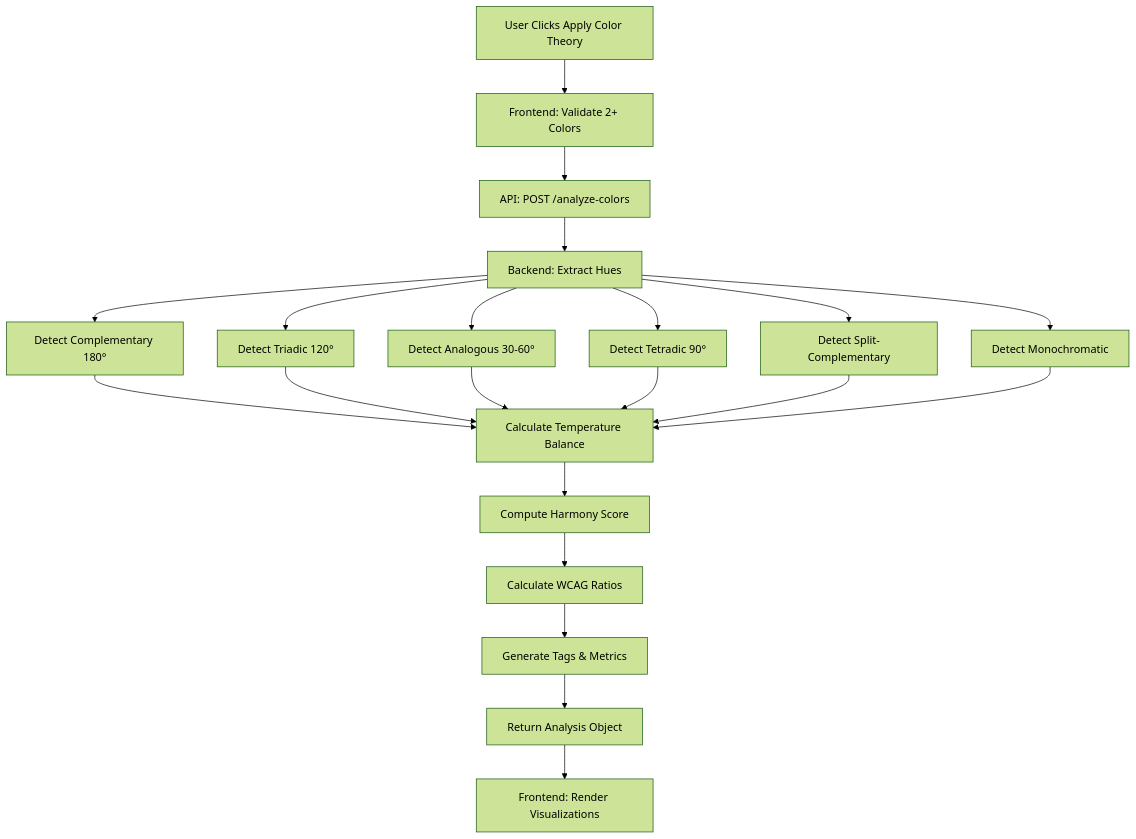
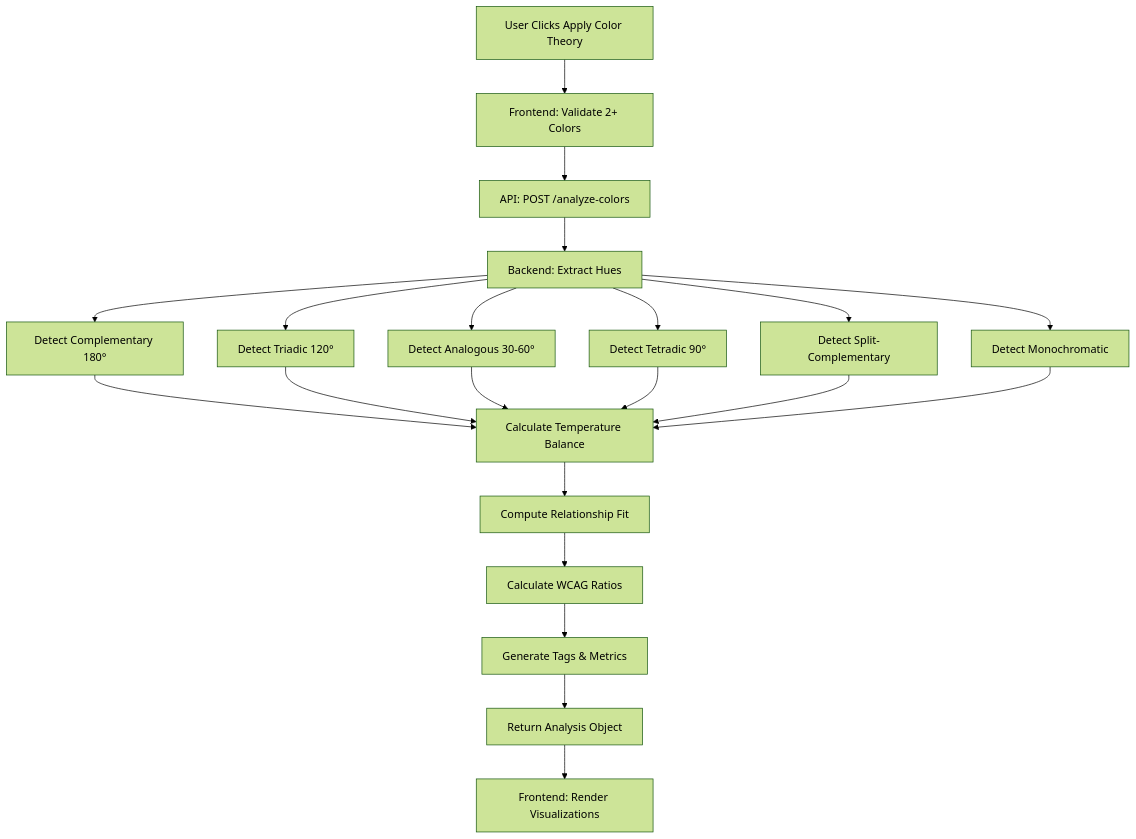
The second of 7 diagrams in README.md (Artsen/ColorCraft), drawn with Mermaid (forest theme) before and after one commit. The commit also changed other lines of this file and 22 other files, not shown here.

````diff
--- a/README.md
+++ b/README.md
@@ -717,23 +717,23 @@
 ```mermaid
 graph TD
     A[User Clicks Apply Color Theory] --> B[Frontend: Validate 2+ Colors]
     B --> C[API: POST /analyze-colors]
     C --> D[Backend: Extract Hues]
     D --> E[Detect Complementary 180°]
     D --> F[Detect Triadic 120°]
     D --> G[Detect Analogous 30-60°]
     D --> H[Detect Tetradic 90°]
     D --> I[Detect Split-Complementary]
     D --> J[Detect Monochromatic]
     E --> K[Calculate Temperature Balance]
     F --> K
     G --> K
     H --> K
     I --> K
     J --> K
-    K --> L[Compute Harmony Score]
+    K --> L[Compute Relationship Fit]
     L --> M[Calculate WCAG Ratios]
     M --> N[Generate Tags & Metrics]
     N --> O[Return Analysis Object]
     O --> P[Frontend: Render Visualizations]
 ```
````
